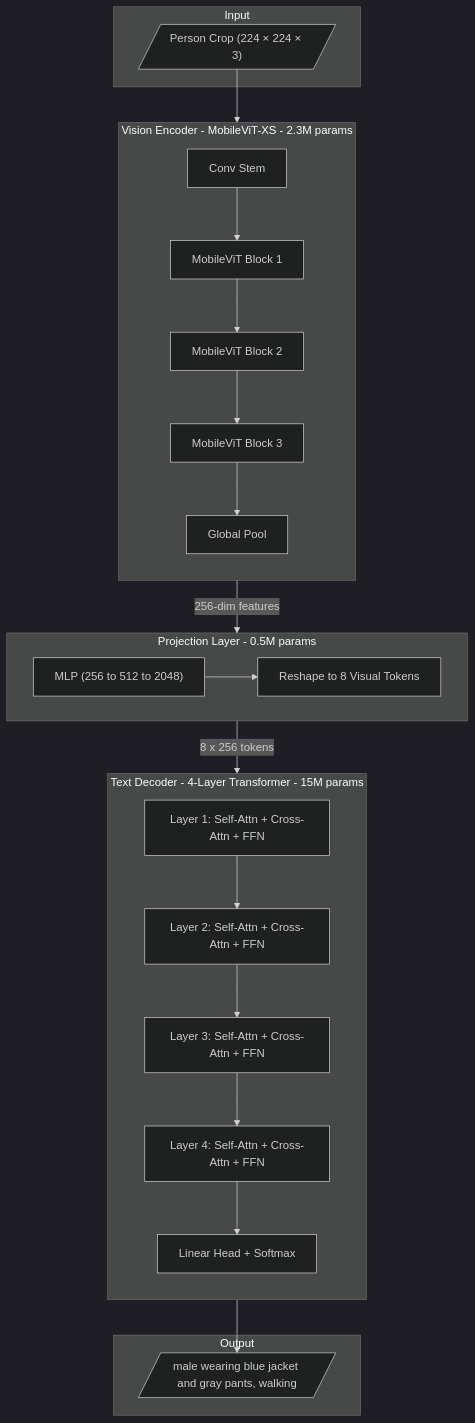
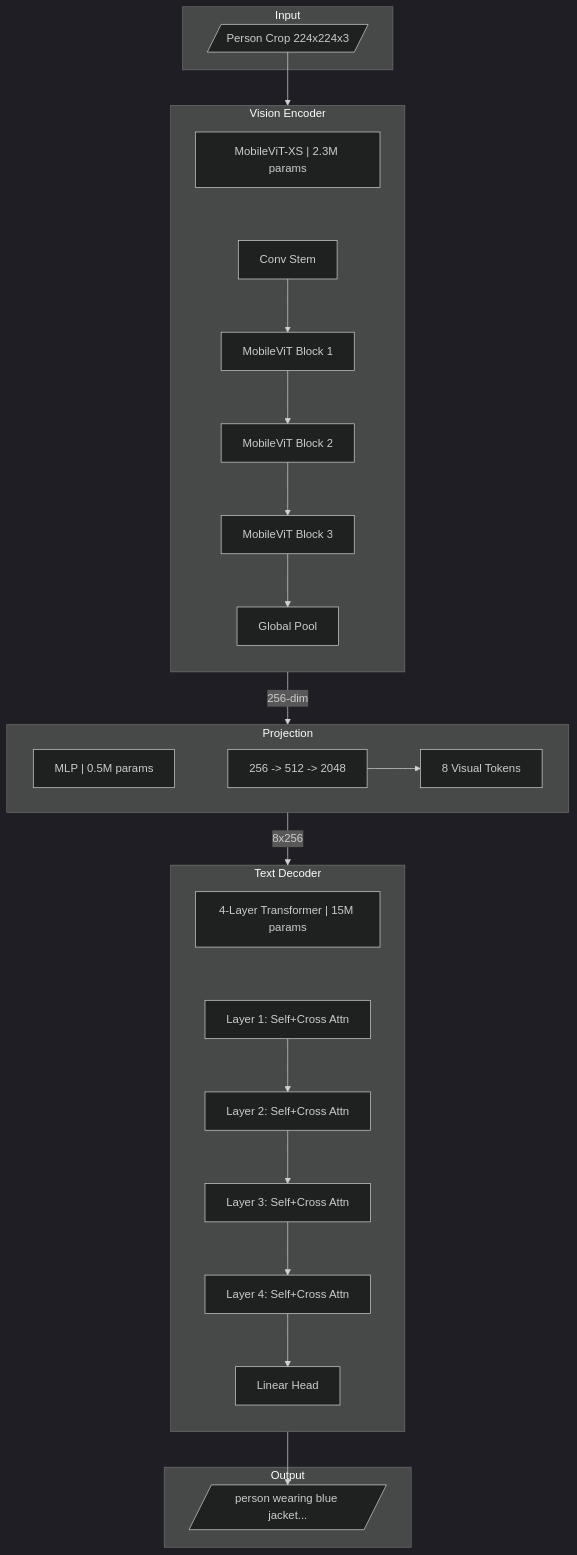
Before and after one commit to rishi02102017/Metafusion-Task: the second of 11 diagrams in README.md, drawn with Mermaid.

Commit message:
Fix Model Architecture diagram - shorten subgraph labels to prevent text cutoff

````diff
--- a/README.md
+++ b/README.md
@@ -150,45 +150,51 @@
 ```mermaid
 %%{init: {'theme': 'dark'}}%%
 flowchart TB
     subgraph Input["Input"]
-        IMG[/"Person Crop (224 × 224 × 3)"/]
+        IMG[/"Person Crop 224x224x3"/]
     end
 
-    subgraph Vision["Vision Encoder - MobileViT-XS - 2.3M params"]
+    subgraph Vision["Vision Encoder"]
         direction TB
+        VE_INFO["MobileViT-XS | 2.3M params"]
         CONV[Conv Stem]
         MB1[MobileViT Block 1]
         MB2[MobileViT Block 2]
         MB3[MobileViT Block 3]
         POOL[Global Pool]
         
+        VE_INFO ~~~ CONV
         CONV --> MB1 --> MB2 --> MB3 --> POOL
     end
 
-    subgraph Projection["Projection Layer - 0.5M params"]
-        MLP["MLP (256 to 512 to 2048)"]
-        RESHAPE["Reshape to 8 Visual Tokens"]
+    subgraph Projection["Projection"]
+        P_INFO["MLP | 0.5M params"]
+        MLP["256 -> 512 -> 2048"]
+        RESHAPE["8 Visual Tokens"]
         
+        P_INFO ~~~ MLP
         MLP --> RESHAPE
     end
 
-    subgraph Decoder["Text Decoder - 4-Layer Transformer - 15M params"]
+    subgraph Decoder["Text Decoder"]
         direction TB
-        L1["Layer 1: Self-Attn + Cross-Attn + FFN"]
-        L2["Layer 2: Self-Attn + Cross-Attn + FFN"]
-        L3["Layer 3: Self-Attn + Cross-Attn + FFN"]
-        L4["Layer 4: Self-Attn + Cross-Attn + FFN"]
-        HEAD[Linear Head + Softmax]
+        D_INFO["4-Layer Transformer | 15M params"]
+        L1["Layer 1: Self+Cross Attn"]
+        L2["Layer 2: Self+Cross Attn"]
+        L3["Layer 3: Self+Cross Attn"]
+        L4["Layer 4: Self+Cross Attn"]
+        HEAD[Linear Head]
         
+        D_INFO ~~~ L1
         L1 --> L2 --> L3 --> L4 --> HEAD
     end
 
     subgraph Output["Output"]
-        DESC[/"male wearing blue jacket and gray pants, walking"/]
+        DESC[/"person wearing blue jacket..."/]
     end
 
     IMG --> Vision
-    Vision -->|"256-dim features"| Projection
-    Projection -->|"8 x 256 tokens"| Decoder
+    Vision -->|"256-dim"| Projection
+    Projection -->|"8x256"| Decoder
     Decoder --> DESC
 ```
````
